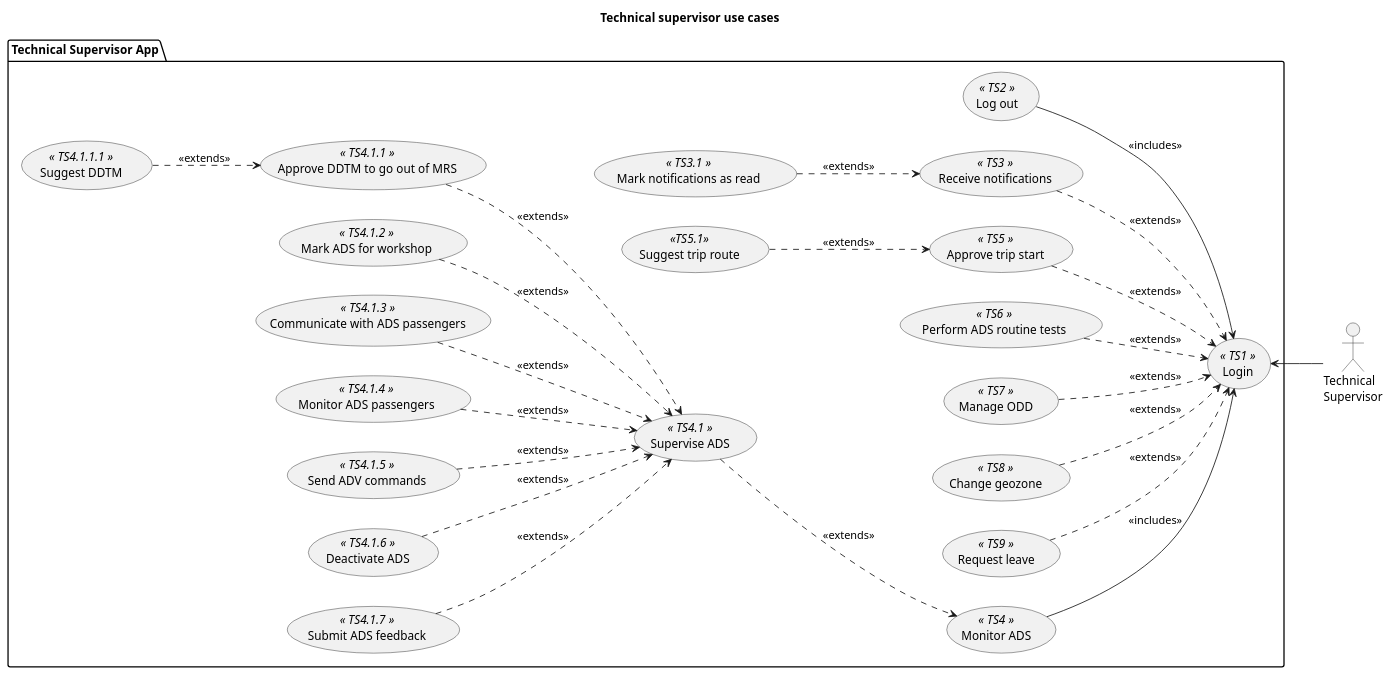
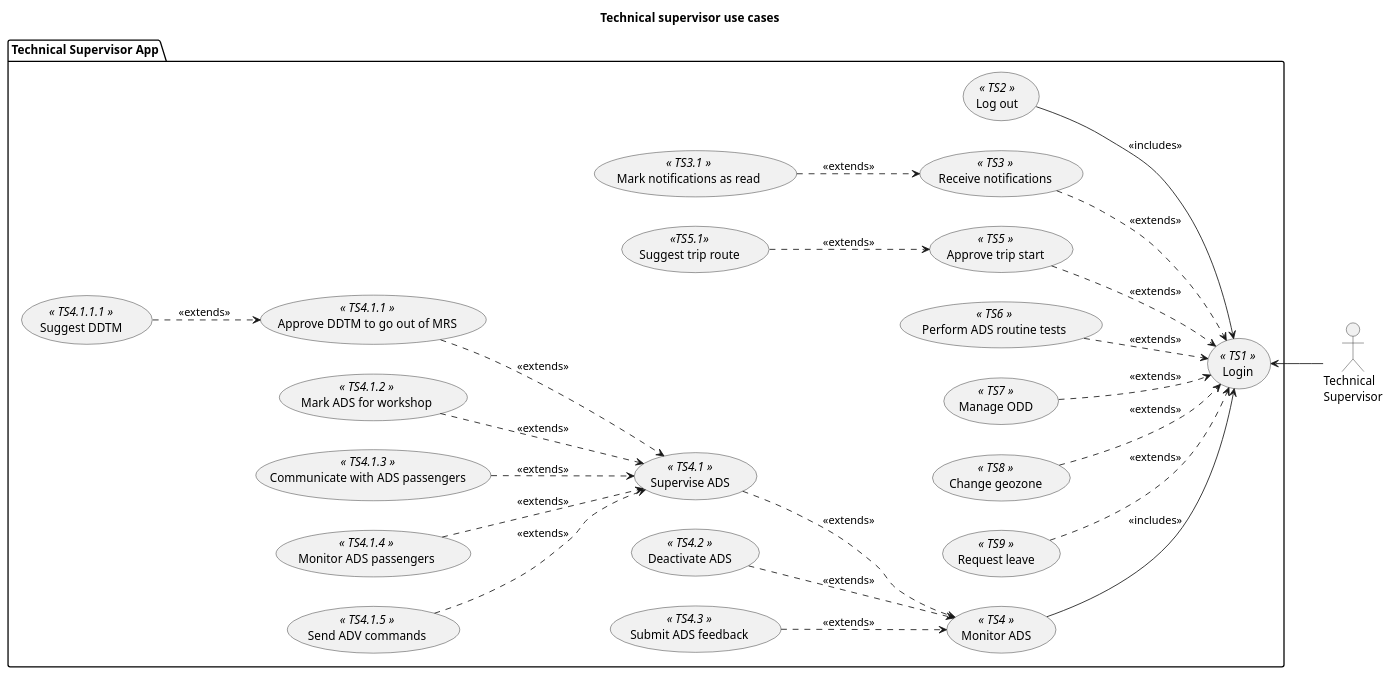
Before and after one commit to bruno-motorai/uml: the diagram in technical_supervisor/use_cases/use_cases_technical_supervisorv2.pu, drawn with PlantUML.

Commit message:
Deactivate and ADS feedback use case from monitor instead of supervision

```diff
--- a/technical_supervisor/use_cases/use_cases_technical_supervisorv2.pu
+++ b/technical_supervisor/use_cases/use_cases_technical_supervisorv2.pu
@@ -1,60 +1,60 @@
 @startuml ts_use_cases
 title Technical supervisor use cases
 
 left to right direction
 
 actor :Technical\nSupervisor: as USER
 
 package "Technical Supervisor App" {
     usecase TS1 as (Login)<<  TS1  >>
     usecase TS2 as (Log out) <<  TS2  >>
     usecase TS3 as (Receive notifications) <<  TS3  >>
     usecase TS301 as (Mark notifications as read) <<  TS3.1  >>
 
     usecase TS4 as (Monitor ADS) <<  TS4  >>
     usecase TS401 as (Supervise ADS) <<  TS4.1  >>
     usecase TS5 as (Approve trip start) <<  TS5  >>
     usecase TS501 as (Suggest trip route) << TS5.1 >>
     usecase TS6 as (Perform ADS routine tests) <<  TS6  >>
     usecase TS7 as (Manage ODD) <<  TS7  >>
     usecase TS8 as (Change geozone) <<  TS8  >>
     usecase TS9 as (Request leave) <<  TS9  >>
 
     ' Act
     usecase TS201 as (Approve DDTM to go out of MRS) <<  TS4.1.1  >>
     usecase TS20101 as (Suggest DDTM) <<  TS4.1.1.1  >>
     usecase TS203 as (Mark ADS for workshop) <<  TS4.1.2  >>
     usecase TS204 as (Communicate with ADS passengers) <<  TS4.1.3  >>
     usecase TS205 as (Monitor ADS passengers) <<  TS4.1.4  >>
     usecase TS206 as (Send ADV commands) <<  TS4.1.5  >>
-    usecase TS207 as (Deactivate ADS) <<  TS4.1.6  >>
-    usecase TS208 as (Submit ADS feedback) <<  TS4.1.7  >>  
+    usecase TS207 as (Deactivate ADS) <<  TS4.2  >>
+    usecase TS208 as (Submit ADS feedback) <<  TS4.3  >>  
 }
 
 ' General use cases
 USER -up-> TS1
 
 ' Monitor
 TS2 --> TS1 : <<includes>>
 TS3 --> TS1 #line.dashed : <<extends>>
 TS301 --> TS3 #line.dashed : <<extends>>
 TS4 --> TS1 : <<includes>>
 TS5 --> TS1 #line.dashed : <<extends>>
 TS501 --> TS5 #line.dashed : <<extends>>
 TS6 --> TS1 #line.dashed : <<extends>>
 TS7 --> TS1 #line.dashed : <<extends>>
 TS8 --> TS1 #line.dashed : <<extends>>
 TS9 --> TS1 #line.dashed : <<extends>>
 TS401 --> TS4 #line.dashed : <<extends>>
 
 ' Act
 TS201 --> TS401 #line.dashed : <<extends>>
 TS203 --> TS401 #line.dashed : <<extends>>
 TS204 --> TS401 #line.dashed : <<extends>>
 TS205 --> TS401 #line.dashed : <<extends>>
 TS206 --> TS401 #line.dashed : <<extends>>
-TS207 --> TS401 #line.dashed : <<extends>>
-TS208 --> TS401 #line.dashed : <<extends>>
+TS207 --> TS4 #line.dashed : <<extends>>
+TS208 --> TS4 #line.dashed : <<extends>>
 TS20101 --> TS201 #line.dashed : <<extends>>
 
 @enduml
```
